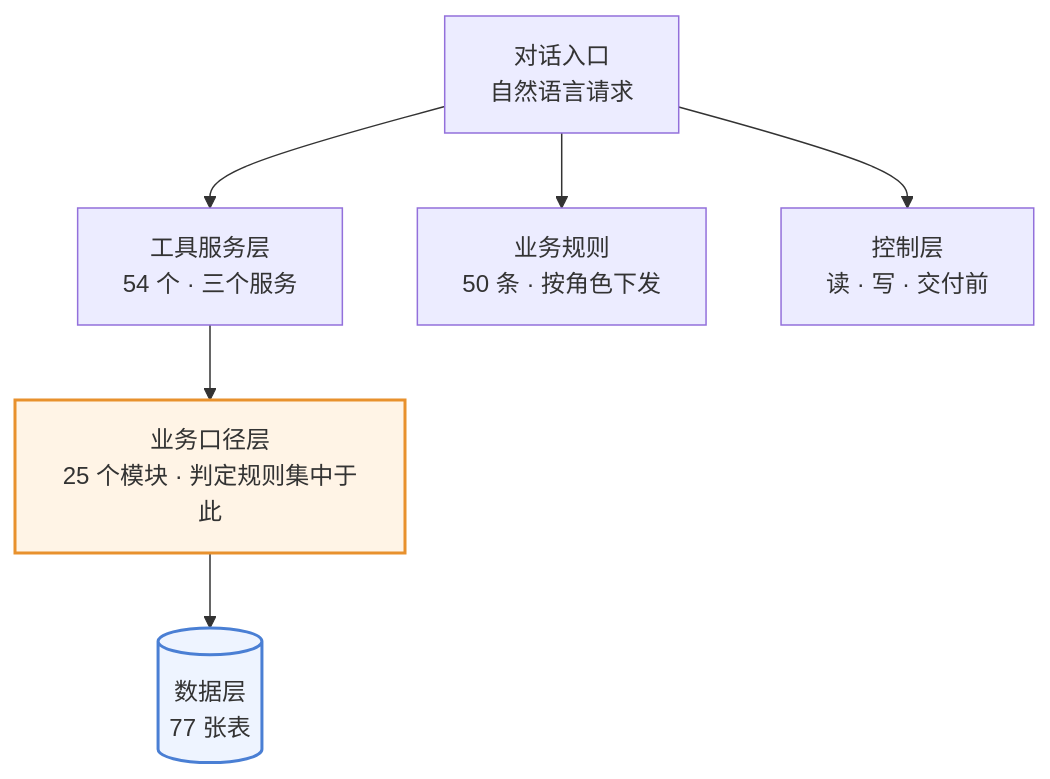
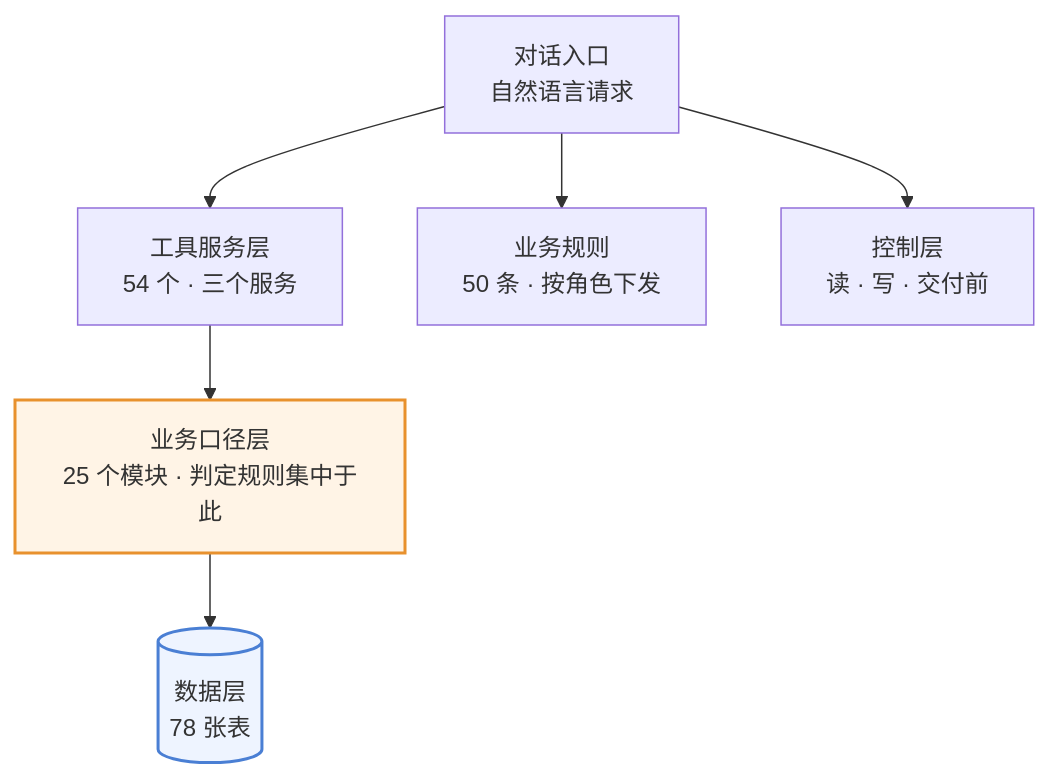
Before and after one commit to 843773296-rgb/lanxiu-yunshang-agent: the first of 4 diagrams in 澜绣云裳agent-产品需求文档.md, drawn with Mermaid. The commit also changed other lines of this file and 6 other files, not shown here.

````diff
--- a/澜绣云裳agent-产品需求文档.md
+++ b/澜绣云裳agent-产品需求文档.md
@@ -134,12 +134,12 @@
 ```mermaid
 flowchart TD
     M["对话入口<br/>自然语言请求"]
     M --> T["工具服务层<br/>54 个 · 三个服务"]
     M --> R["业务规则<br/>50 条 · 按角色下发"]
     M --> G["控制层<br/>读 · 写 · 交付前"]
     T --> K["业务口径层<br/>25 个模块 · 判定规则集中于此"]
-    K --> DB[("数据层<br/>77 张表")]
+    K --> DB[("数据层<br/>78 张表")]
 
     style K fill:#fff4e6,stroke:#e8912d,stroke-width:2px
     style DB fill:#eef4ff,stroke:#4a7fd4,stroke-width:2px
 ```
````
